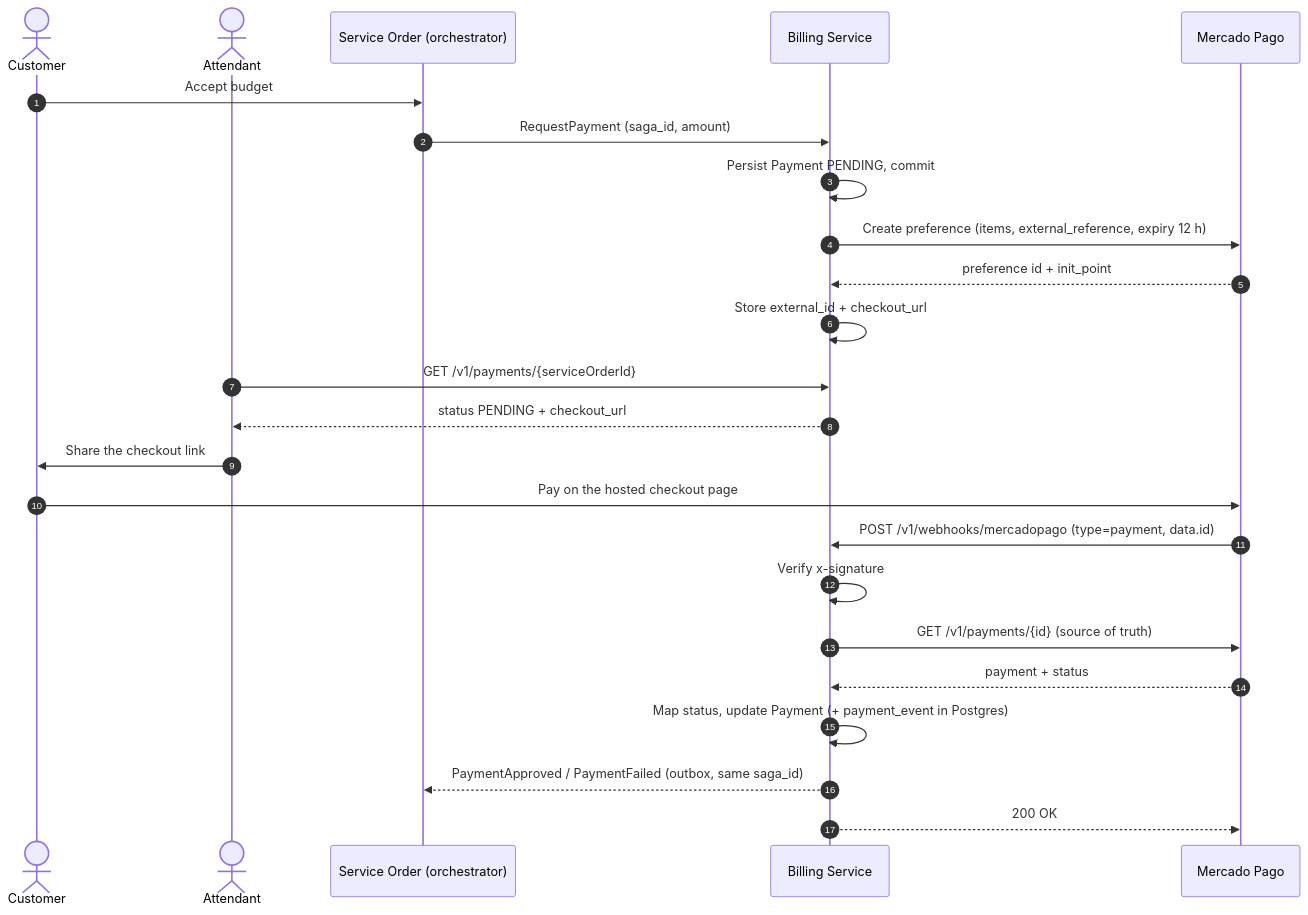
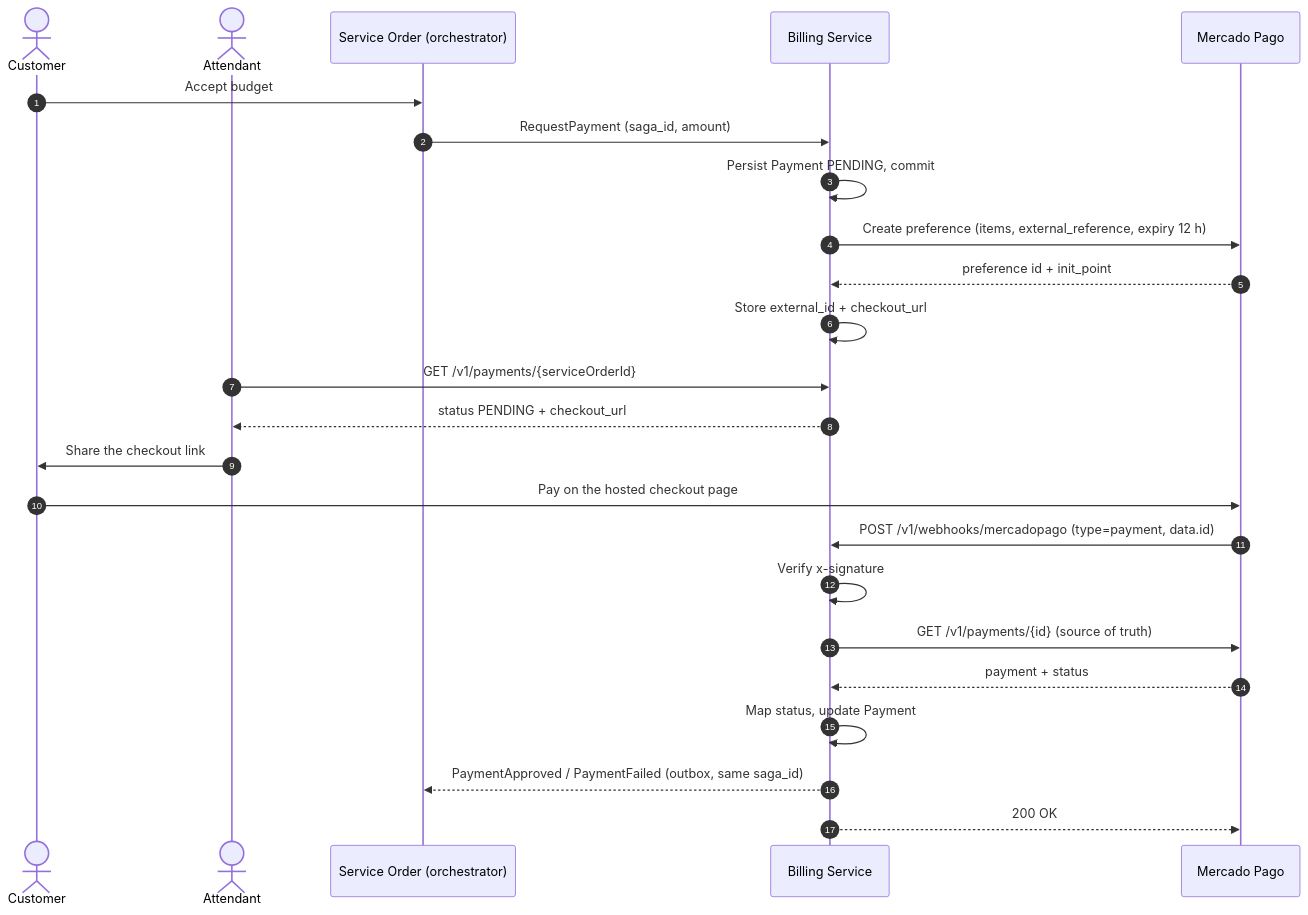
One commit to POS-FIAP-15SOAT-TEAM-DARK-MODE/auto-repair-shop-billing-service changed the diagram in docs/rfc/0001-mercadopago-checkout-integration.md. Above: the diagram before and after it, drawn with Mermaid. The commit also changed other lines of this file and 3 other files, not shown here.

````diff
--- a/docs/rfc/0001-mercadopago-checkout-integration.md
+++ b/docs/rfc/0001-mercadopago-checkout-integration.md
@@ -35,27 +35,27 @@
 ```mermaid
 sequenceDiagram
     autonumber
     actor C as Customer
     actor A as Attendant
     participant SO as Service Order (orchestrator)
     participant B as Billing Service
     participant MP as Mercado Pago
 
     C->>SO: Accept budget
     SO->>B: RequestPayment (saga_id, amount)
     B->>B: Persist Payment PENDING, commit
     B->>MP: Create preference (items, external_reference, expiry 12 h)
     MP-->>B: preference id + init_point
     B->>B: Store external_id + checkout_url
     A->>B: GET /v1/payments/{serviceOrderId}
     B-->>A: status PENDING + checkout_url
     A->>C: Share the checkout link
     C->>MP: Pay on the hosted checkout page
     MP->>B: POST /v1/webhooks/mercadopago (type=payment, data.id)
     B->>B: Verify x-signature
     B->>MP: GET /v1/payments/{id} (source of truth)
     MP-->>B: payment + status
-    B->>B: Map status, update Payment (+ payment_event in Postgres)
+    B->>B: Map status, update Payment
     B-->>SO: PaymentApproved / PaymentFailed (outbox, same saga_id)
     B-->>MP: 200 OK
 ```
````
